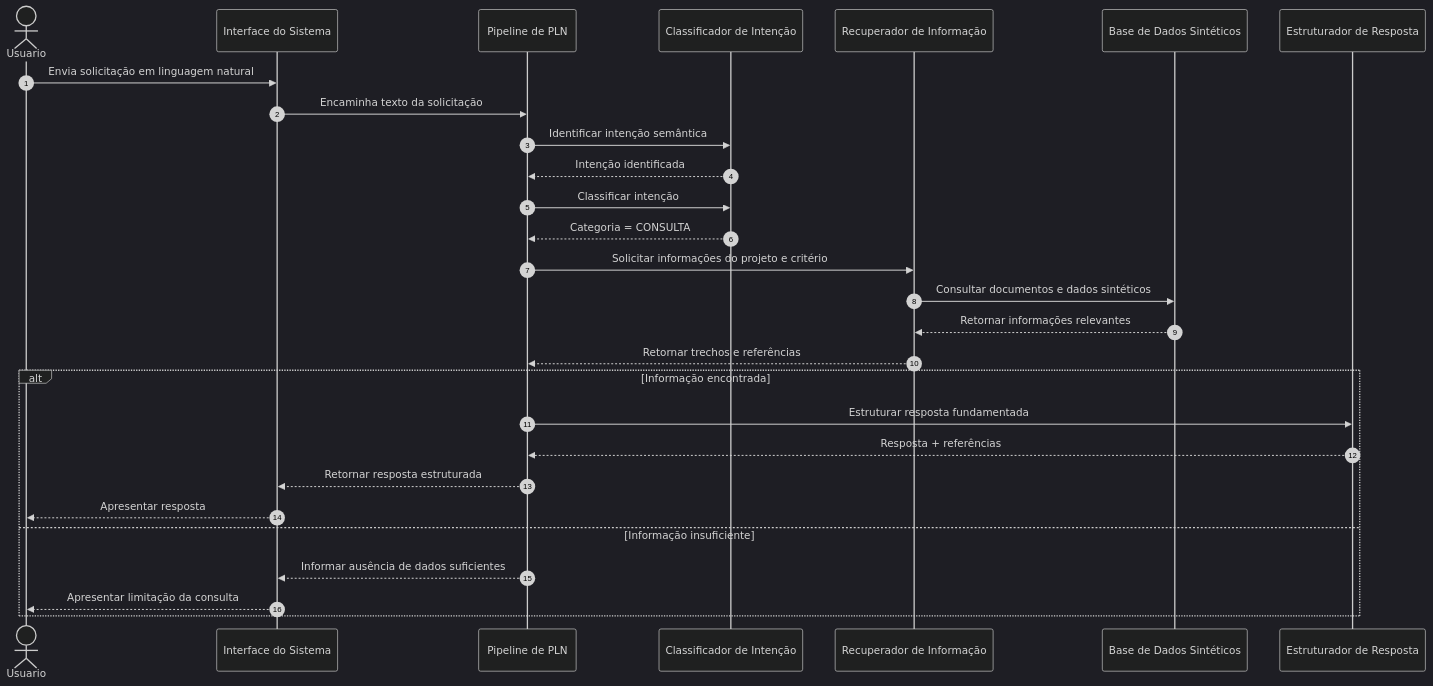
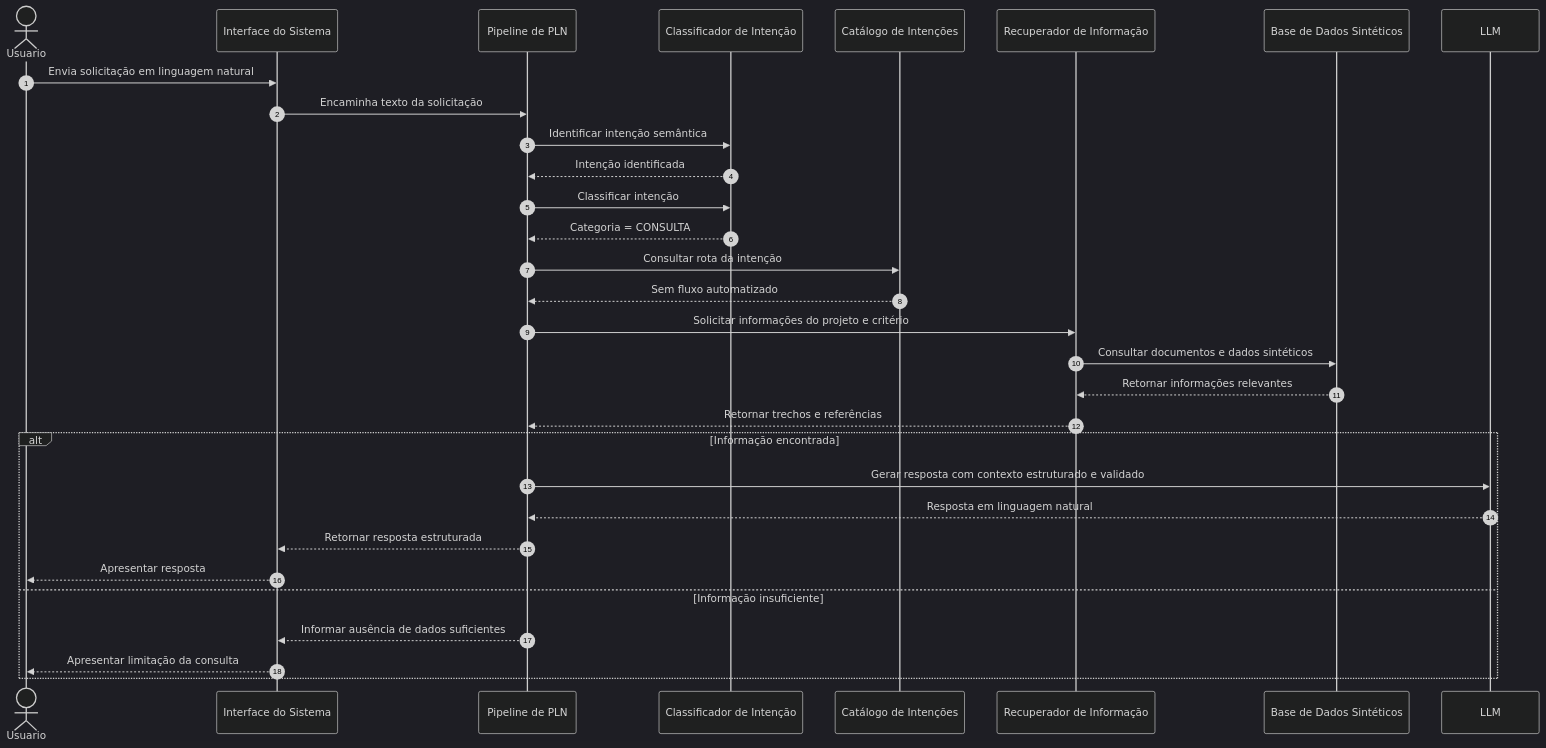
The second of 8 diagrams in docs/Projeto.md (jjalmeidadev/oneshot), drawn with Mermaid (dark theme) before and after one commit. The commit also changed other lines of this file, not shown here.

````diff
--- a/docs/Projeto.md
+++ b/docs/Projeto.md
@@ -1534,36 +1624,40 @@
 ```mermaid
 sequenceDiagram
     autonumber
 
     actor Usuario
     participant Sistema as Interface do Sistema
     participant PLN as Pipeline de PLN
     participant Classificador as Classificador de Intenção
+    participant Catalogo as Catálogo de Intenções
     participant Recuperador as Recuperador de Informação
     participant Base as Base de Dados Sintéticos
-    participant Gerador as Estruturador de Resposta
+    participant LLM as LLM
 
     Usuario->>Sistema: Envia solicitação em linguagem natural
     Sistema->>PLN: Encaminha texto da solicitação
 
     PLN->>Classificador: Identificar intenção semântica
     Classificador-->>PLN: Intenção identificada
 
     PLN->>Classificador: Classificar intenção
     Classificador-->>PLN: Categoria = CONSULTA
 
+    PLN->>Catalogo: Consultar rota da intenção
+    Catalogo-->>PLN: Sem fluxo automatizado
+
     PLN->>Recuperador: Solicitar informações do projeto e critério
     Recuperador->>Base: Consultar documentos e dados sintéticos
     Base-->>Recuperador: Retornar informações relevantes
     Recuperador-->>PLN: Retornar trechos e referências
 
     alt Informação encontrada
-        PLN->>Gerador: Estruturar resposta fundamentada
-        Gerador-->>PLN: Resposta + referências
+        PLN->>LLM: Gerar resposta com contexto estruturado e validado
+        LLM-->>PLN: Resposta em linguagem natural
         PLN-->>Sistema: Retornar resposta estruturada
         Sistema-->>Usuario: Apresentar resposta
     else Informação insuficiente
         PLN-->>Sistema: Informar ausência de dados suficientes
         Sistema-->>Usuario: Apresentar limitação da consulta
     end
 ```
````
